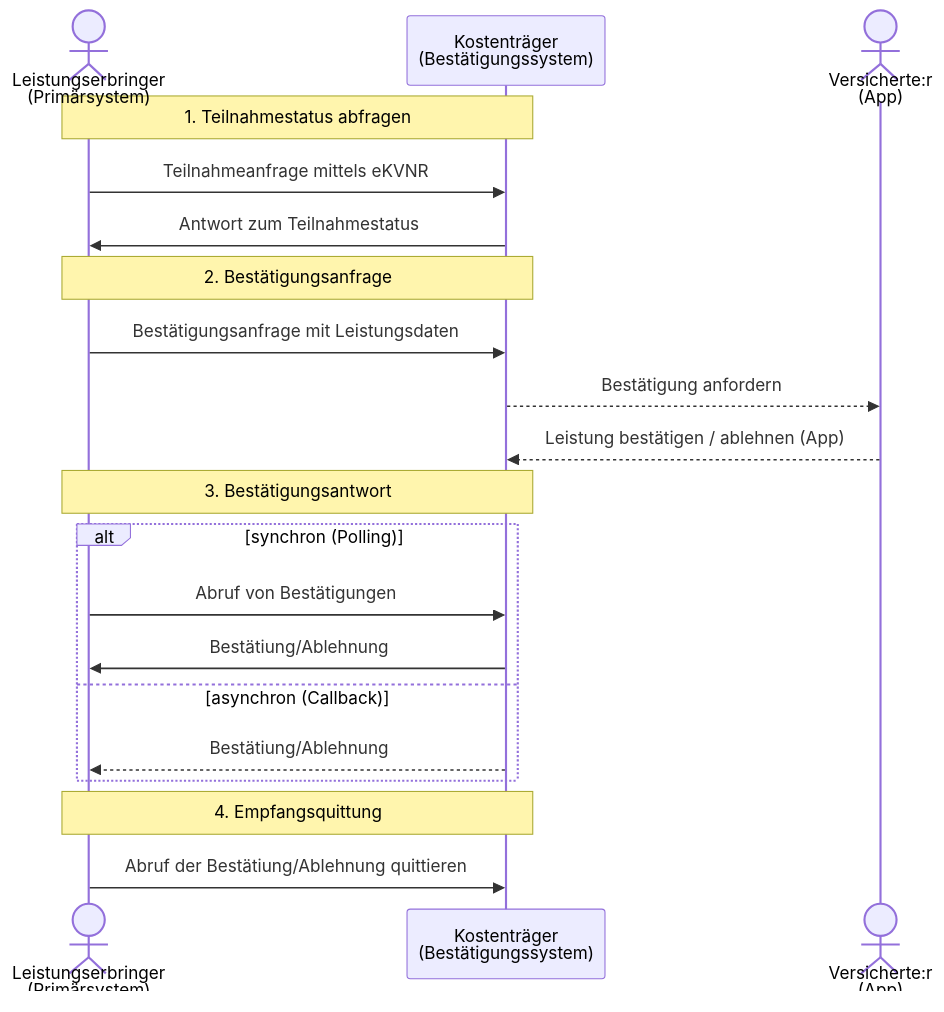
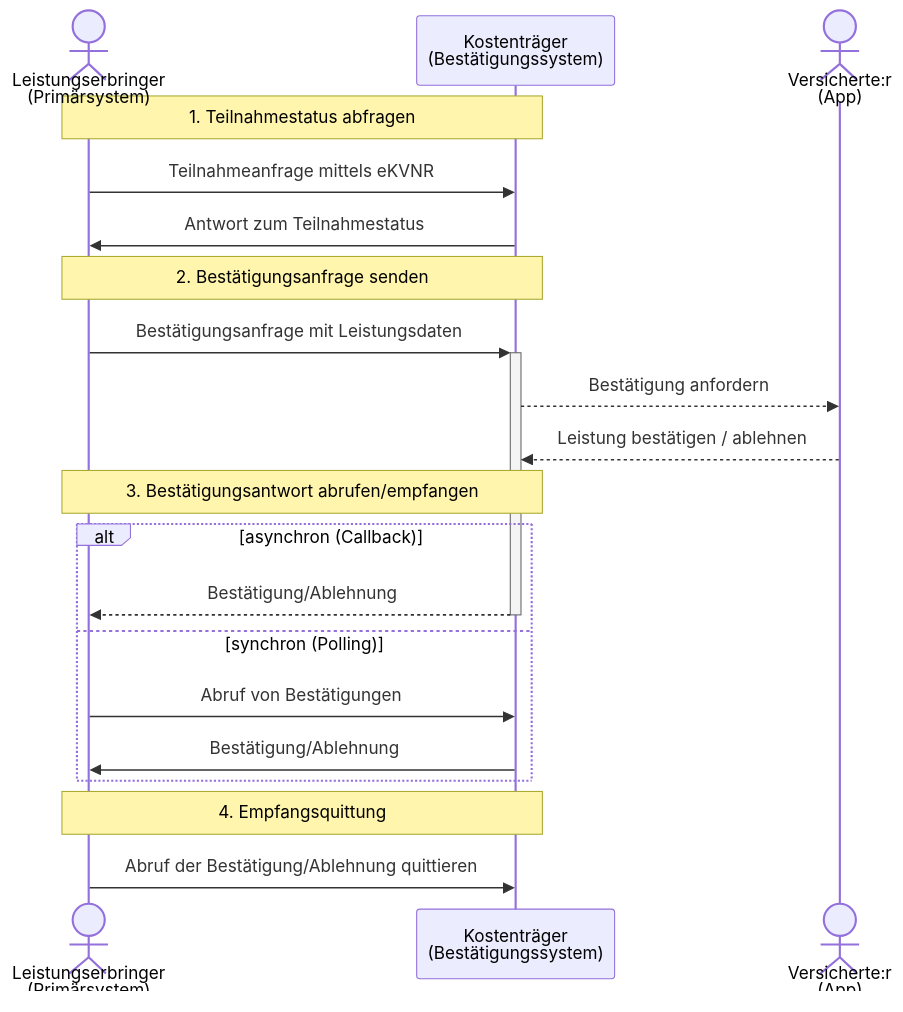
One commit to ITSGGMBH/eLB changed the diagram in README.md. Above: the diagram before and after it, drawn with Mermaid. The commit also changed other lines of this file, not shown here.

````diff
--- a/README.md
+++ b/README.md
@@ -20,26 +20,26 @@
 ```mermaid
 sequenceDiagram
     actor LER as Leistungserbringer<br/>(Primärsystem)
     participant KTR as Kostenträger<br/>(Bestätigungssystem)
     actor VRS as Versicherte:r<br/>(App)
 
     Note over LER,KTR: 1. Teilnahmestatus abfragen
     LER->>KTR: Teilnahmeanfrage mittels eKVNR
     KTR->>LER: Antwort zum Teilnahmestatus
 
-    Note over LER,KTR: 2. Bestätigungsanfrage
-    LER->>KTR: Bestätigungsanfrage mit Leistungsdaten
+    Note over LER,KTR: 2. Bestätigungsanfrage senden
+    LER->>+KTR: Bestätigungsanfrage mit Leistungsdaten
     KTR-->>VRS: Bestätigung anfordern
-    VRS-->>KTR: Leistung bestätigen / ablehnen (App)
+    VRS-->>KTR: Leistung bestätigen / ablehnen
 
-    Note over LER,KTR: 3. Bestätigungsantwort
-    alt synchron (Polling)
+    Note over LER,KTR: 3. Bestätigungsantwort abrufen/empfangen
+    alt asynchron (Callback)
+        KTR-->>-LER: Bestätigung/Ablehnung
+    else synchron (Polling)
         LER->>KTR: Abruf von Bestätigungen
-        KTR->>LER: Bestätiung/Ablehnung
-    else asynchron (Callback)
-        KTR-->>LER: Bestätiung/Ablehnung
+        KTR->>LER: Bestätigung/Ablehnung
     end
 
     Note over LER,KTR: 4. Empfangsquittung
-    LER->>KTR: Abruf der Bestätiung/Ablehnung quittieren
+    LER->>KTR: Abruf der Bestätigung/Ablehnung quittieren
 ```
````
